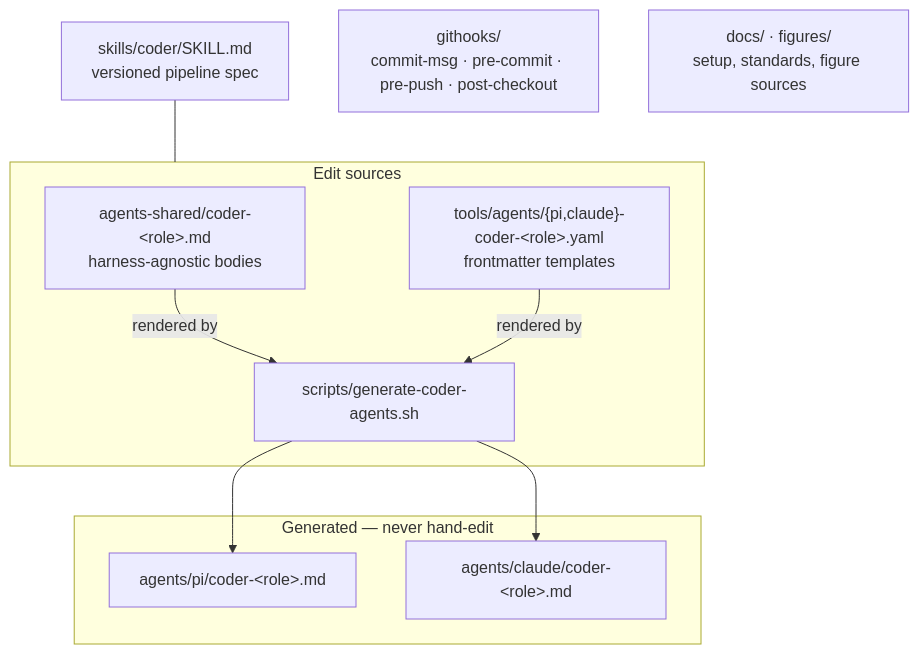
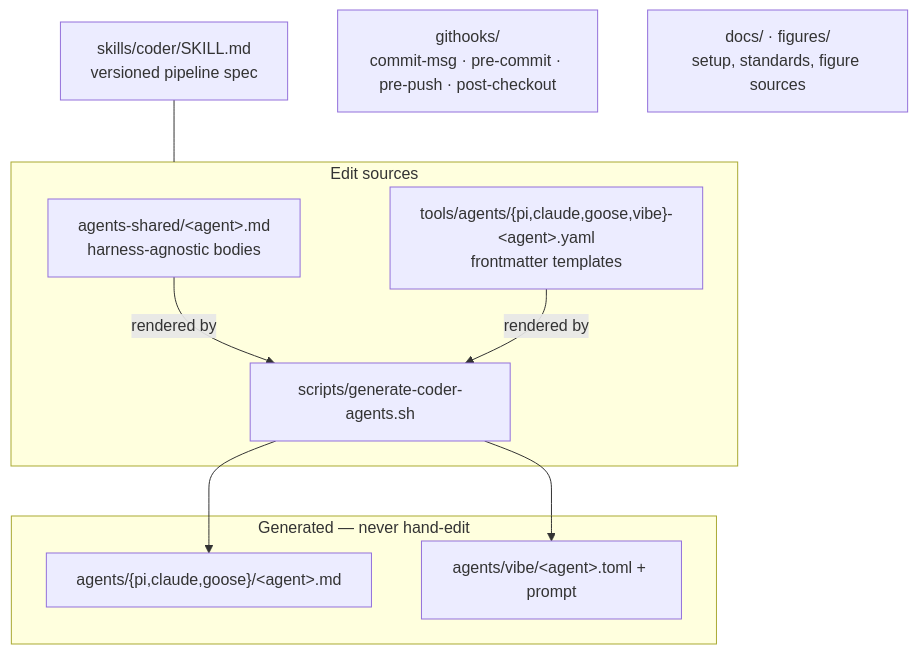
Before and after one commit to clouatre-labs/agentic-coder-skill: the second of 2 diagrams in README.md, drawn with Mermaid. The commit also changed other lines of this file and 51 other files, not shown here.

First line of the commit message:
feat(coder): sync with dotfiles v3.27.0 simplifications, vibe support, and plan-completeness gate (#42)

````diff
--- a/README.md
+++ b/README.md
@@ -147,20 +147,20 @@
 ```mermaid
 flowchart TD
     SKILL["skills/coder/SKILL.md\nversioned pipeline spec"]
     subgraph src[Edit sources]
-        SHARED["agents-shared/coder-&lt;role&gt;.md\nharness-agnostic bodies"]
-        TMPL["tools/agents/{pi,claude}-coder-&lt;role&gt;.yaml\nfrontmatter templates"]
+        SHARED["agents-shared/&lt;agent&gt;.md\nharness-agnostic bodies"]
+        TMPL["tools/agents/{pi,claude,goose,vibe}-&lt;agent&gt;.yaml\nfrontmatter templates"]
         GENSCRIPT["scripts/generate-coder-agents.sh"]
     end
     subgraph out[Generated — never hand-edit]
-        API["agents/pi/coder-&lt;role&gt;.md"]
-        ACL["agents/claude/coder-&lt;role&gt;.md"]
+        API["agents/{pi,claude,goose}/&lt;agent&gt;.md"]
+        AVIBE["agents/vibe/&lt;agent&gt;.toml + prompt"]
     end
     HOOKS["githooks/\ncommit-msg · pre-commit · pre-push · post-checkout"]
     DOCS["docs/ · figures/\nsetup, standards, figure sources"]
     SHARED -->|rendered by| GENSCRIPT
     TMPL -->|rendered by| GENSCRIPT
     GENSCRIPT --> API
-    GENSCRIPT --> ACL
+    GENSCRIPT --> AVIBE
     SKILL --- src
 ```
````
